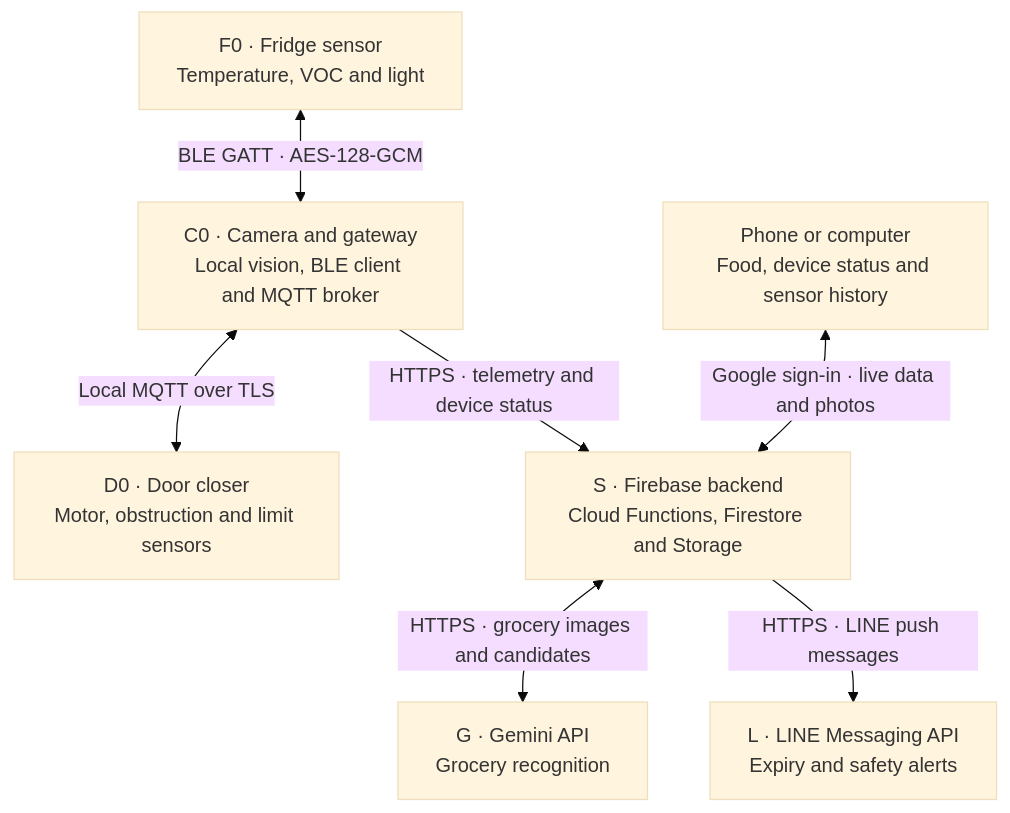
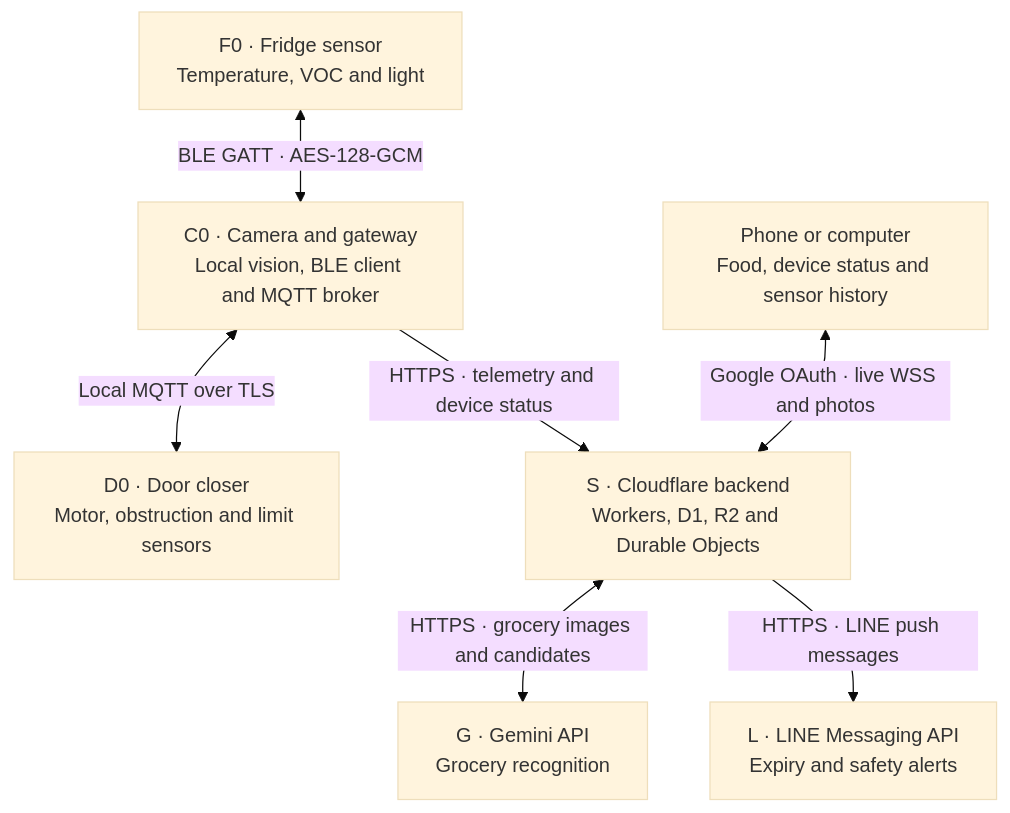
Before and after one commit to theme222/FoodWarden: the diagram in server/diagrams/fridge.mmd, drawn with Mermaid (base theme). The commit also changed 7 other files, not shown here.

Commit message:
docs(server): update diagrams and audit for Full Cloudflare stack

```diff
--- a/server/diagrams/fridge.mmd
+++ b/server/diagrams/fridge.mmd
@@ -1,19 +1,19 @@
 flowchart TB
     accTitle: FoodWarden system overview
-    accDescr: The fridge sensor sends encrypted readings to the camera gateway. The gateway controls the door locally and sends data to Firebase.
-    %% Source topology: Fridge.drawio, Page-1. See network.mmd and cloud.mmd for external links and internals.
+    accDescr: The fridge sensor sends encrypted readings to the camera gateway. The gateway controls the door locally and sends data to Cloudflare.
+    %% Source topology: Fridge.drawio, Page-1, updated for Full Cloudflare server stack. See network.mmd and cloud.mmd for external links and internals.
 
     fridge_sensor["F0 · Fridge sensor<br/>Temperature, VOC and light"]
     gateway["C0 · Camera and gateway<br/>Local vision, BLE client and MQTT broker"]
     door["D0 · Door closer<br/>Motor, obstruction and limit sensors"]
-    firebase["S · Firebase backend<br/>Cloud Functions, Firestore and Storage"]
+    cloudflare["S · Cloudflare backend<br/>Workers, D1, R2 and Durable Objects"]
     dashboard["Phone or computer<br/>Food, device status and sensor history"]
     gemini["G · Gemini API<br/>Grocery recognition"]
     line["L · LINE Messaging API<br/>Expiry and safety alerts"]
 
     fridge_sensor <-->|"BLE GATT · AES-128-GCM"| gateway
     gateway <-->|"Local MQTT over TLS"| door
-    gateway -->|"HTTPS · telemetry and device status"| firebase
-    firebase <-->|"HTTPS · grocery images and candidates"| gemini
-    firebase -->|"HTTPS · LINE push messages"| line
-    dashboard <-->|"Google sign-in · live data and photos"| firebase
+    gateway -->|"HTTPS · telemetry and device status"| cloudflare
+    cloudflare <-->|"HTTPS · grocery images and candidates"| gemini
+    cloudflare -->|"HTTPS · LINE push messages"| line
+    dashboard <-->|"Google OAuth · live WSS and photos"| cloudflare
```
